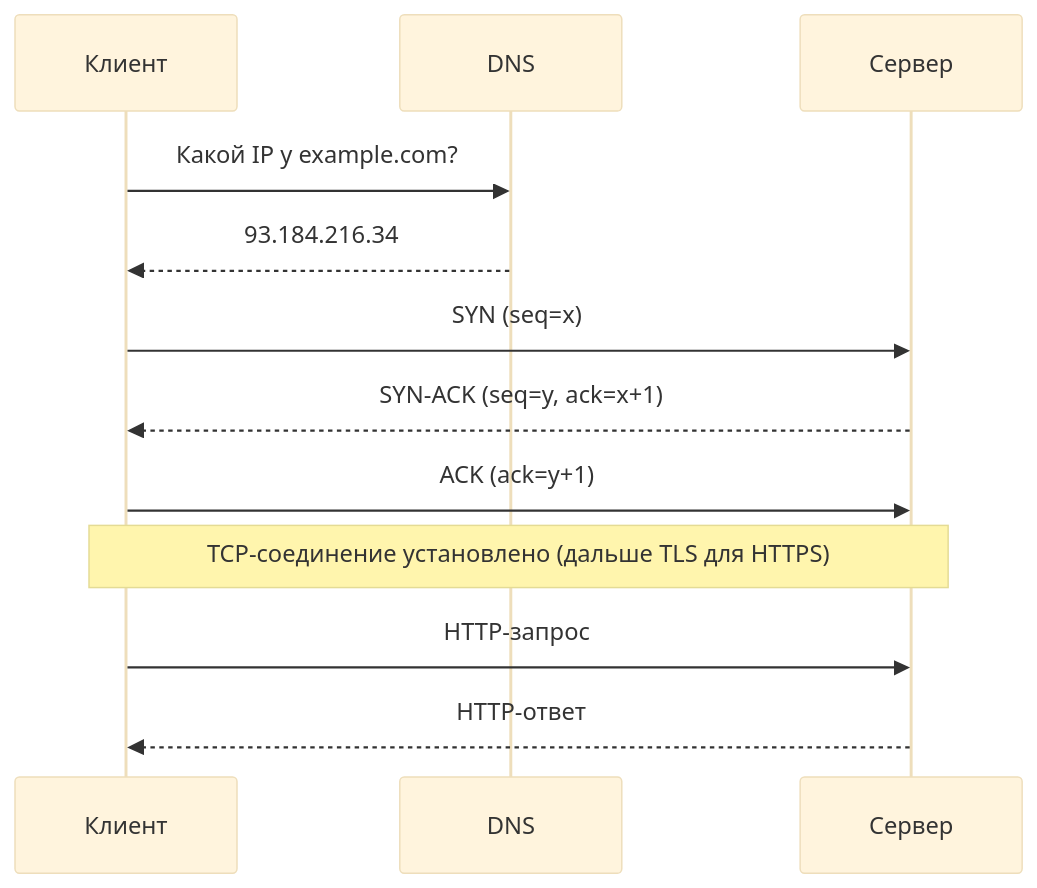
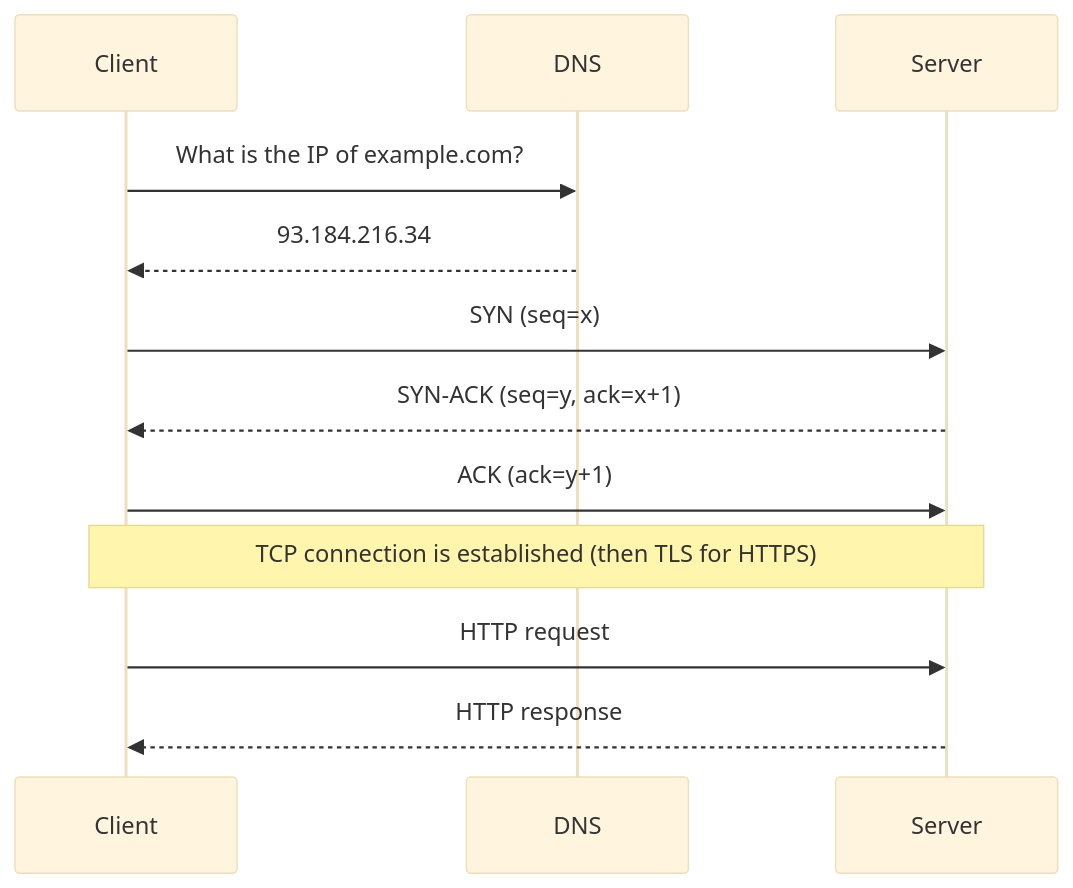
Before and after one commit to younggsad/obsidian-store: the first of 3 diagrams in Innowise/Вопросы к собесу/Backend/HTTP и Сети.md, drawn with Mermaid (base theme). The commit also changed other lines of this file and 1 other file, not shown here.

````diff
--- a/Innowise/Вопросы к собесу/Backend/HTTP и Сети.md
+++ b/Innowise/Вопросы к собесу/Backend/HTTP и Сети.md
@@ -112,14 +129,14 @@
 ```mermaid
 sequenceDiagram
-    participant C as Клиент
+    participant C as Client
     participant D as DNS
-    participant S as Сервер
-    C->>D: Какой IP у example.com?
+    participant S as Server
+    C->>D: What is the IP of example.com?
     D-->>C: 93.184.216.34
     C->>S: SYN (seq=x)
     S-->>C: SYN-ACK (seq=y, ack=x+1)
     C->>S: ACK (ack=y+1)
-    Note over C,S: TCP-соединение установлено (дальше TLS для HTTPS)
-    C->>S: HTTP-запрос
-    S-->>C: HTTP-ответ
+    Note over C,S: TCP connection is established (then TLS for HTTPS)
+    C->>S: HTTP request
+    S-->>C: HTTP response
 ```
````
